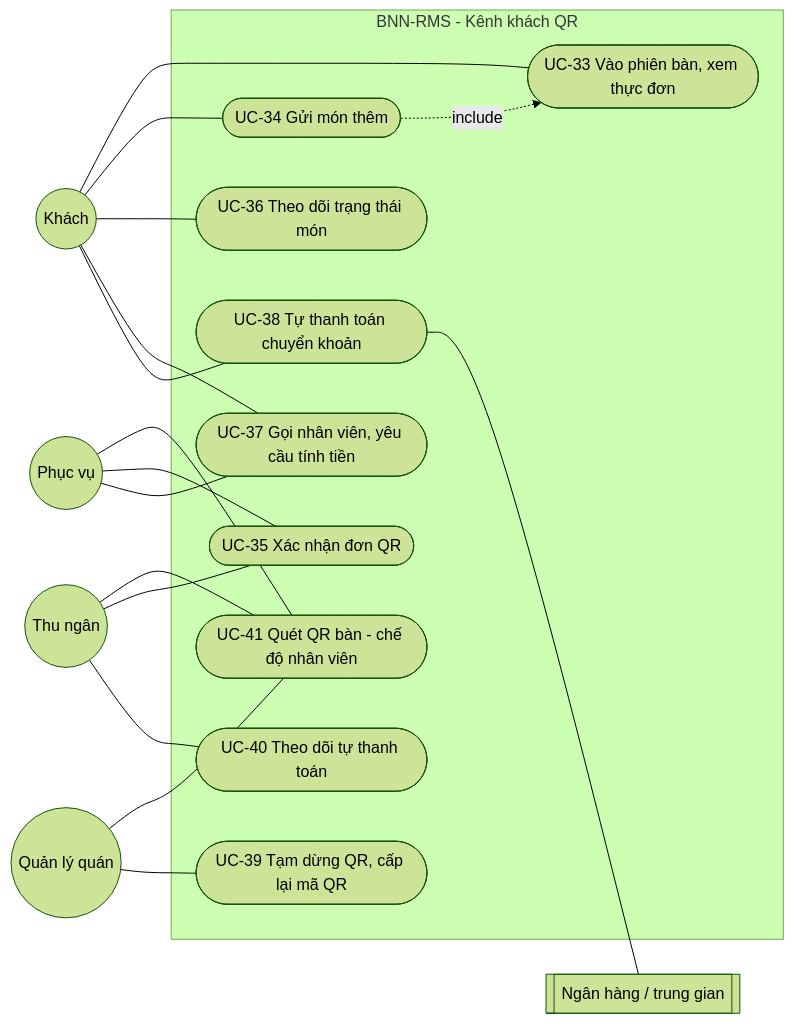
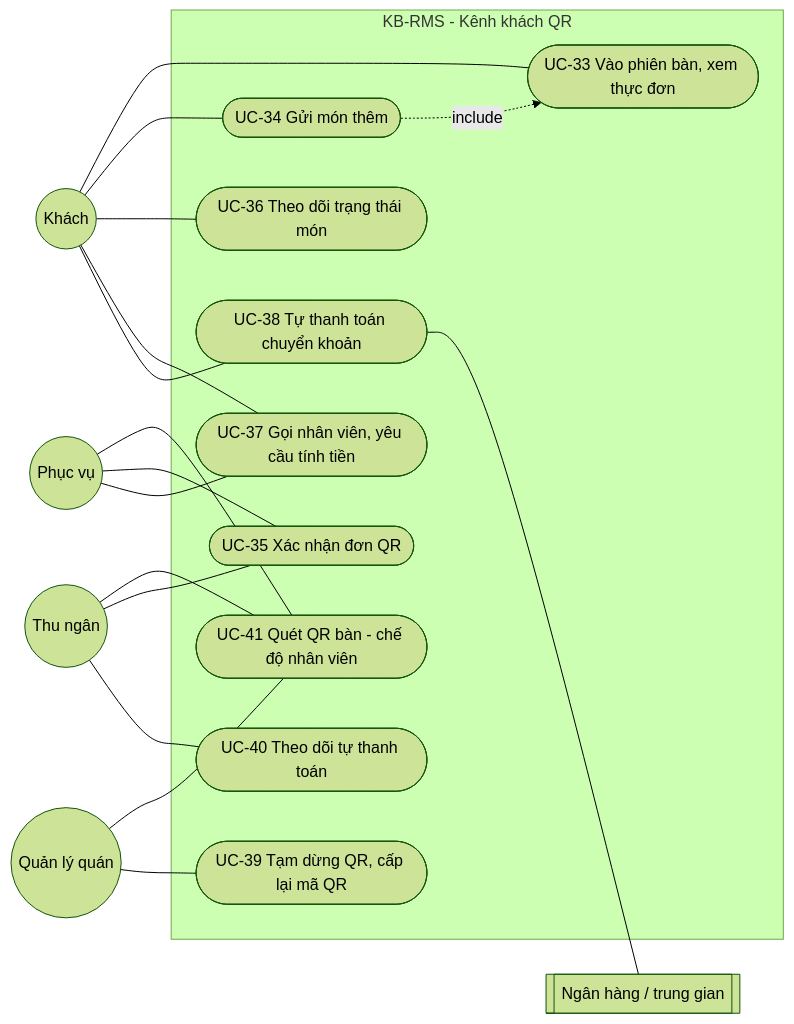
Before and after one commit to Anpham120/restaurant-management-system: the fourth of 4 diagrams in docs/03-dac-ta-yeu-cau/03-use-case.md, drawn with Mermaid (forest theme). The commit also changed other lines of this file and 24 other files, not shown here.

````diff
--- a/docs/03-dac-ta-yeu-cau/03-use-case.md
+++ b/docs/03-dac-ta-yeu-cau/03-use-case.md
@@ -165,34 +165,34 @@
 ```mermaid
 flowchart LR
     KH(("Khách"))
     PV(("Phục vụ"))
     TN(("Thu ngân"))
     QL(("Quản lý quán"))
     NH[["Ngân hàng / trung gian"]]
-    subgraph SYS4["BNN-RMS - Kênh khách QR"]
+    subgraph SYS4["KB-RMS - Kênh khách QR"]
         UC33(["UC-33 Vào phiên bàn, xem thực đơn"])
         UC34(["UC-34 Gửi món thêm"])
         UC35(["UC-35 Xác nhận đơn QR"])
         UC36(["UC-36 Theo dõi trạng thái món"])
         UC37(["UC-37 Gọi nhân viên, yêu cầu tính tiền"])
         UC38(["UC-38 Tự thanh toán chuyển khoản"])
         UC39(["UC-39 Tạm dừng QR, cấp lại mã QR"])
         UC40(["UC-40 Theo dõi tự thanh toán"])
         UC41(["UC-41 Quét QR bàn - chế độ nhân viên"])
     end
     PV --- UC41
     TN --- UC41
     QL --- UC41
     KH --- UC33
     KH --- UC34
     KH --- UC36
     KH --- UC37
     KH --- UC38
     PV --- UC35
     PV --- UC37
     TN --- UC35
     TN --- UC40
     QL --- UC39
     UC38 --- NH
     UC34 -.->|include| UC33
 ```
````
